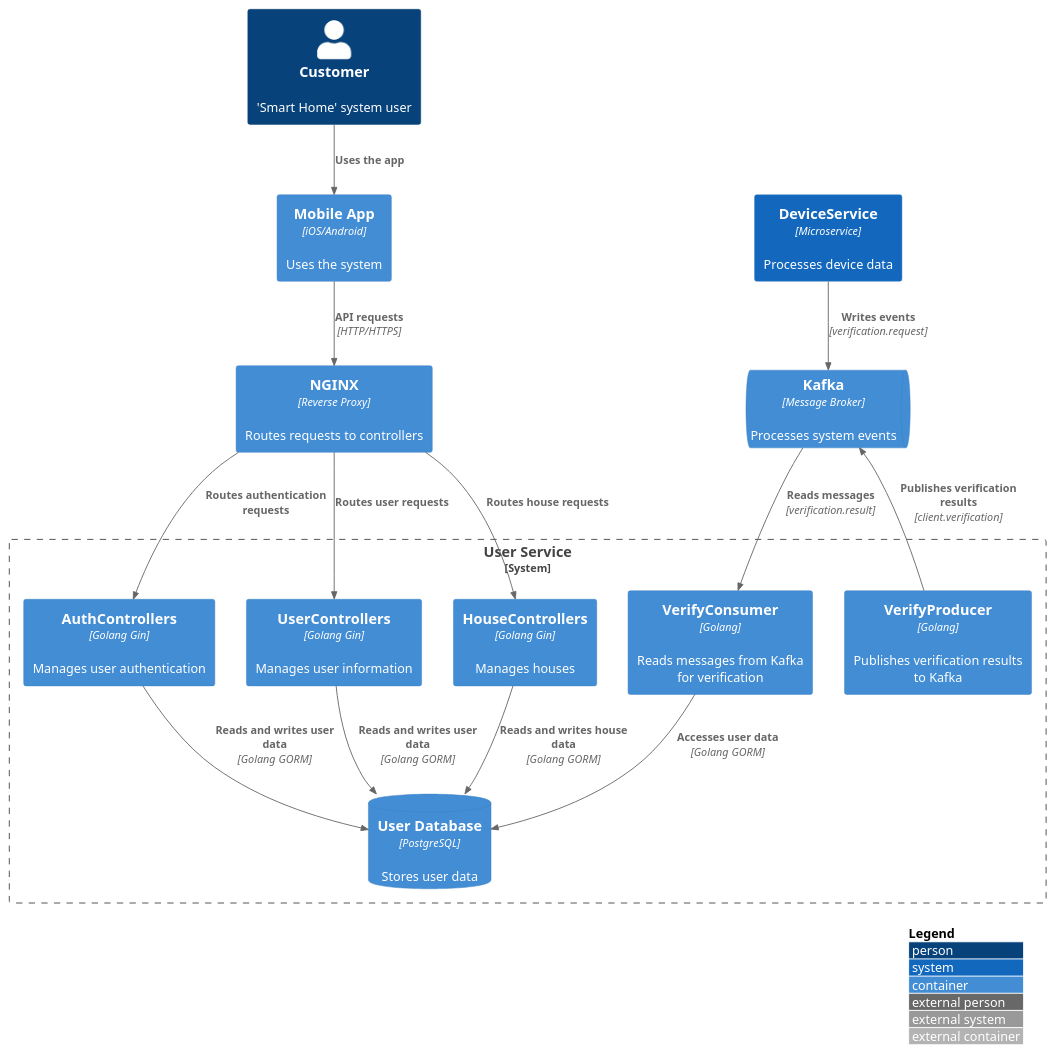
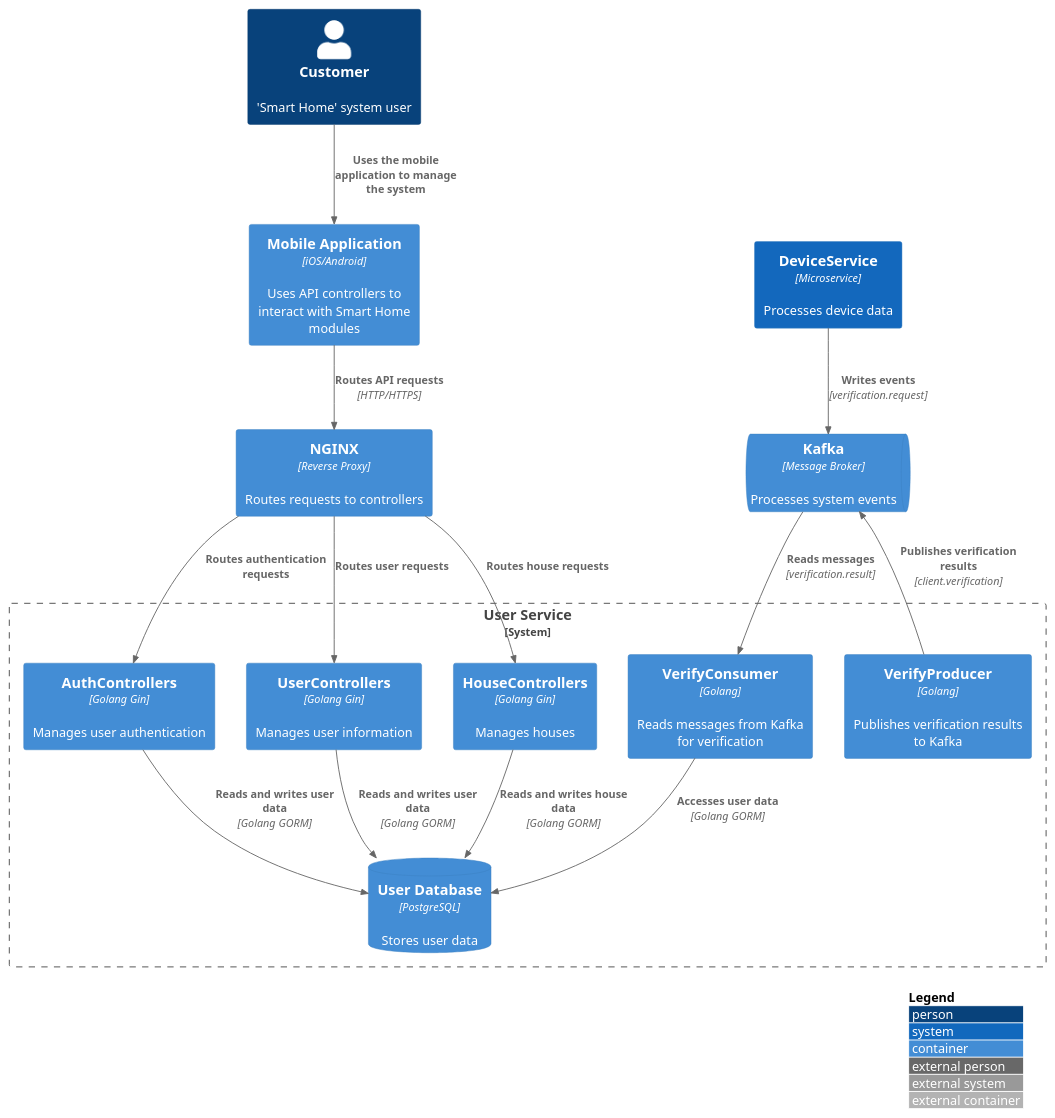
The diagram in user-service/Component_CleverVillageSystem_UserService.puml (baydinvladislav/architecture-sprint-3), drawn with PlantUML before and after one commit.

Commit message:
just update text on diagram

```diff
--- a/user-service/Component_CleverVillageSystem_UserService.puml
+++ b/user-service/Component_CleverVillageSystem_UserService.puml
@@ -1,38 +1,38 @@
 @startuml
 !include <C4/C4_Container>
 
 LAYOUT_WITH_LEGEND()
 
 Person(client, "Customer", "'Smart Home' system user")
-Container(mobile_app, "Mobile App", "iOS/Android", "Uses the system")
+Container(mobile_app, "Mobile Application", "iOS/Android", "Uses API controllers to interact with Smart Home modules")
 Container(nginx, "NGINX", "Reverse Proxy", "Routes requests to controllers")
 
 System_Boundary(user_service_boundary, "User Service") {
     Container(auth_controllers, "AuthControllers", "Golang Gin", "Manages user authentication")
     Container(user_controllers, "UserControllers", "Golang Gin", "Manages user information")
     Container(house_controllers, "HouseControllers", "Golang Gin", "Manages houses")
     ContainerDb(user_db, "User Database", "PostgreSQL", "Stores user data")
     Container(verify_consumer, "VerifyConsumer", "Golang", "Reads messages from Kafka for verification")
     Container(verify_producer, "VerifyProducer", "Golang", "Publishes verification results to Kafka")
 }
 
 ContainerQueue(kafka_broker, "Kafka", "Message Broker", "Processes system events")
 Container(device_service, "DeviceService", "Microservice", "Processes device data") #1368bd
 
-Rel(client, mobile_app, "Uses the app")
-Rel(mobile_app, nginx, "API requests", "HTTP/HTTPS")
+Rel(client, mobile_app, "Uses the mobile application to manage the system")
+Rel(mobile_app, nginx, "Routes API requests", "HTTP/HTTPS")
 Rel(nginx, auth_controllers, "Routes authentication requests")
 Rel(nginx, user_controllers, "Routes user requests")
 Rel(nginx, house_controllers, "Routes house requests")
 
 Rel(auth_controllers, user_db, "Reads and writes user data", "Golang GORM")
 Rel(user_controllers, user_db, "Reads and writes user data", "Golang GORM")
 Rel(house_controllers, user_db, "Reads and writes house data", "Golang GORM")
 
 Rel(verify_consumer, user_db, "Accesses user data", "Golang GORM")
 Rel(kafka_broker, verify_consumer, "Reads messages", "verification.result")
 Rel(verify_producer, kafka_broker, "Publishes verification results", "client.verification")
 
 Rel(device_service, kafka_broker, "Writes events", "verification.request")
 
 @enduml
```
